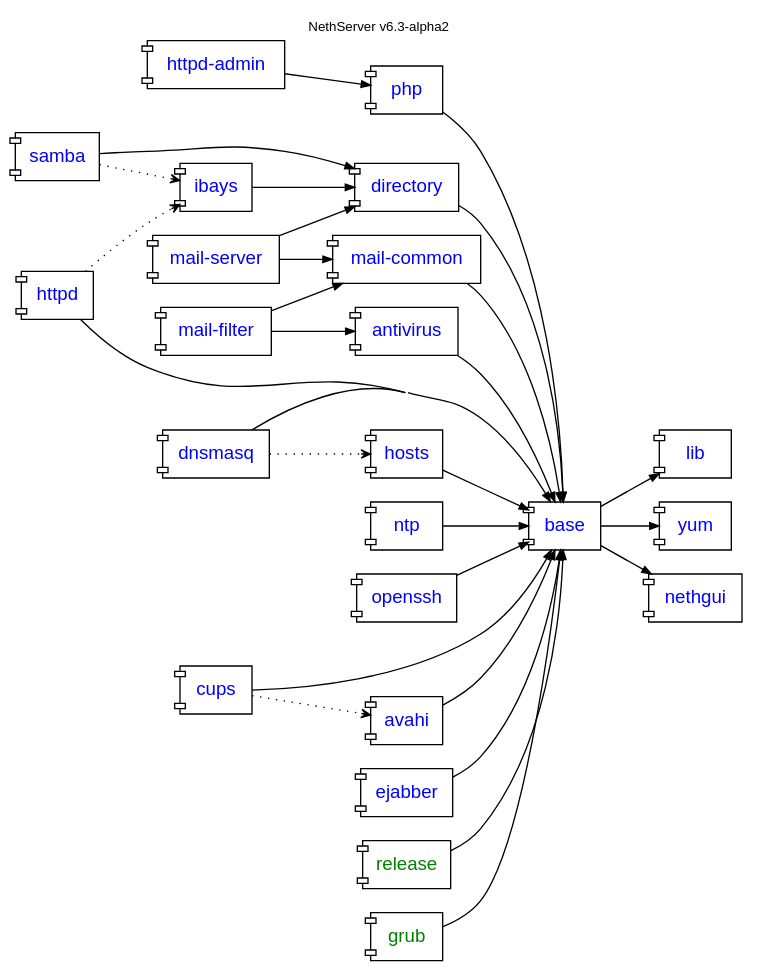
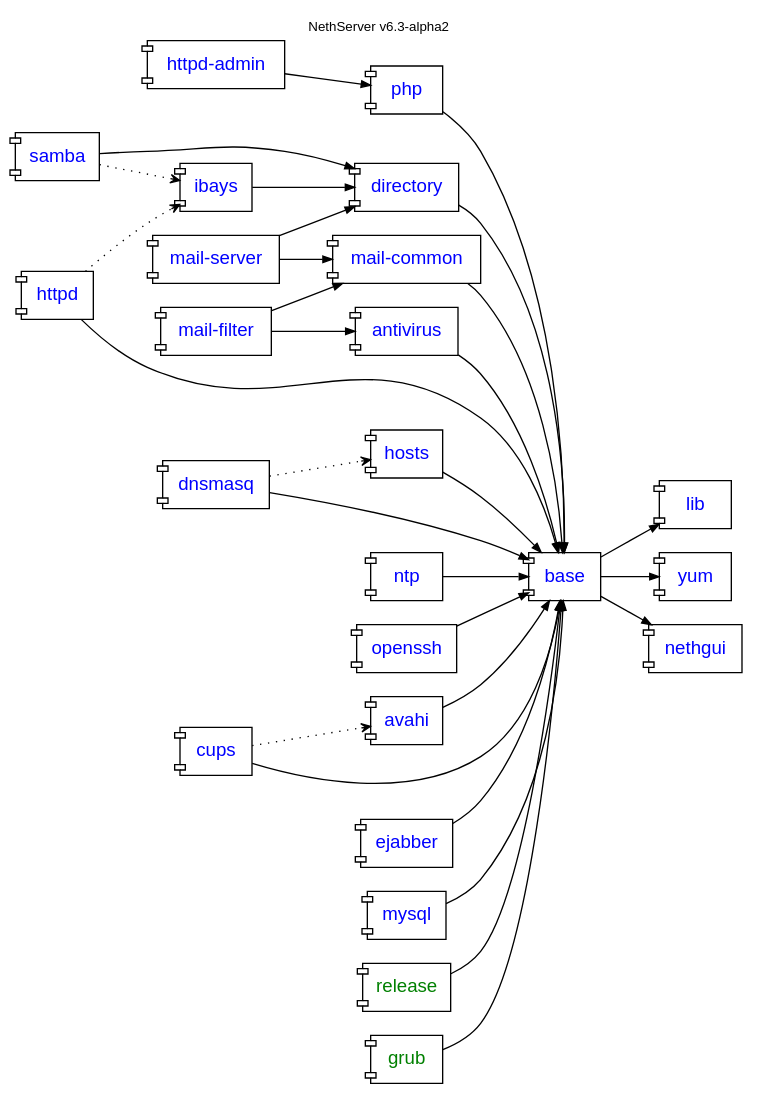
The diagram in nethserver/package-dependencies.dot (nethesis/dev-nethesis-it), drawn with Graphviz before and after one commit.

Commit message:
package-dependencies.dot: add mysql module

```diff
--- a/nethserver/package-dependencies.dot
+++ b/nethserver/package-dependencies.dot
@@ -1,61 +1,63 @@
 digraph "v6.3-alpha2" {
     rankdir = "LR"; compound = true; concentrate = true; fontname = "Helvetica"; fontnames="svg"; fontsize=10.0; label="NethServer v6.3-alpha2"; labelloc = "t"
 
     node [shape="component",fontname="Helvetica"];
     edge [arrowsize=0.7];
 
     httpd_admin [fontcolor=blue,label="httpd-admin",URL="http://dev.nethesis.it/projects/nethserver-httpd-admin"];
     base [fontcolor=blue,URL="http://dev.nethesis.it/projects/nethserver-base"];
     directory [fontcolor=blue,URL="http://dev.nethesis.it/projects/nethserver-directory"];    
     samba [fontcolor=blue,URL="http://dev.nethesis.it/projects/nethserver-samba"];    
     ibays [fontcolor=blue,URL="http://dev.nethesis.it/projects/nethserver-ibays"];    
     lib [fontcolor=blue,URL="http://dev.nethesis.it/projects/nethserver-lib"];    
     httpd [fontcolor=blue,URL="http://dev.nethesis.it/projects/nethserver-httpd"];    
     hosts [fontcolor=blue,URL="http://dev.nethesis.it/projects/nethserver-hosts"];
     php [fontcolor=blue,URL="http://dev.nethesis.it/projects/nethserver-php"];
     yum [fontcolor=blue,URL="http://dev.nethesis.it/projects/nethserver-yum"];
     ntp [fontcolor=blue,URL="http://dev.nethesis.it/projects/nethserver-ntp"];
     dnsmasq [fontcolor=blue,URL="http://dev.nethesis.it/projects/nethserver-dnsmasq"];
     mails [label="mail-server",fontcolor=blue,URL="http://dev.nethesis.it/projects/nethserver-mail-server"];
     mailf [label="mail-filter",fontcolor=blue,URL="http://dev.nethesis.it/projects/nethserver-mail-filter"];
     mailc [label="mail-common",fontcolor=blue,URL="http://dev.nethesis.it/projects/nethserver-mail-common"];
     nethgui [fontcolor=blue,URL="http://dev.nethesis.it/projects/nethgui"];    
     openssh [fontcolor=blue,URL="http://dev.nethesis.it/projects/nethserver-openssh"];
     antivirus [fontcolor=blue,URL="http://dev.nethesis.it/projects/nethserver-antivirus"];
     cups [fontcolor=blue,URL="http://dev.nethesis.it/projects/nethserver-cups"];
     avahi [fontcolor=blue];
     ejabber [fontcolor=blue,URL="http://dev.nethesis.it/projects/nethserver-ejabberd"];
+    mysql [fontcolor=blue,URL="http://dev.nethesis.it/projects/nethserver-mysql"];
 
     release [fontcolor=green,URL="https://dev.nethesis.it/projects/nethserver-base/repository/nethserver-release"];
     grub [fontcolor=green,URL="https://dev.nethesis.it/projects/nethserver-base/repository/nethserver-grub"];
                    
     base -> lib
     base -> nethgui
     openssh -> base
     directory -> base
     samba -> directory
     ibays -> directory
     httpd -> base
     httpd -> ibays [style=dotted,arrowhead=vee];
     dnsmasq -> hosts [style=dotted,arrowhead=vee];
     dnsmasq -> base
     hosts -> base
     httpd_admin -> php
     samba -> ibays [style=dotted,arrowhead=vee];
     base -> yum
     ntp -> base
     php -> base
     mails -> directory
     mails -> mailc
     mailf -> mailc
     mailf -> antivirus
     mailc -> base
     antivirus -> base
     release -> base
     grub -> base
     cups -> base
     avahi -> base
     cups -> avahi [style=dotted,arrowhead=vee];
     ejabber -> base
+    mysql -> base
 
 }
```
